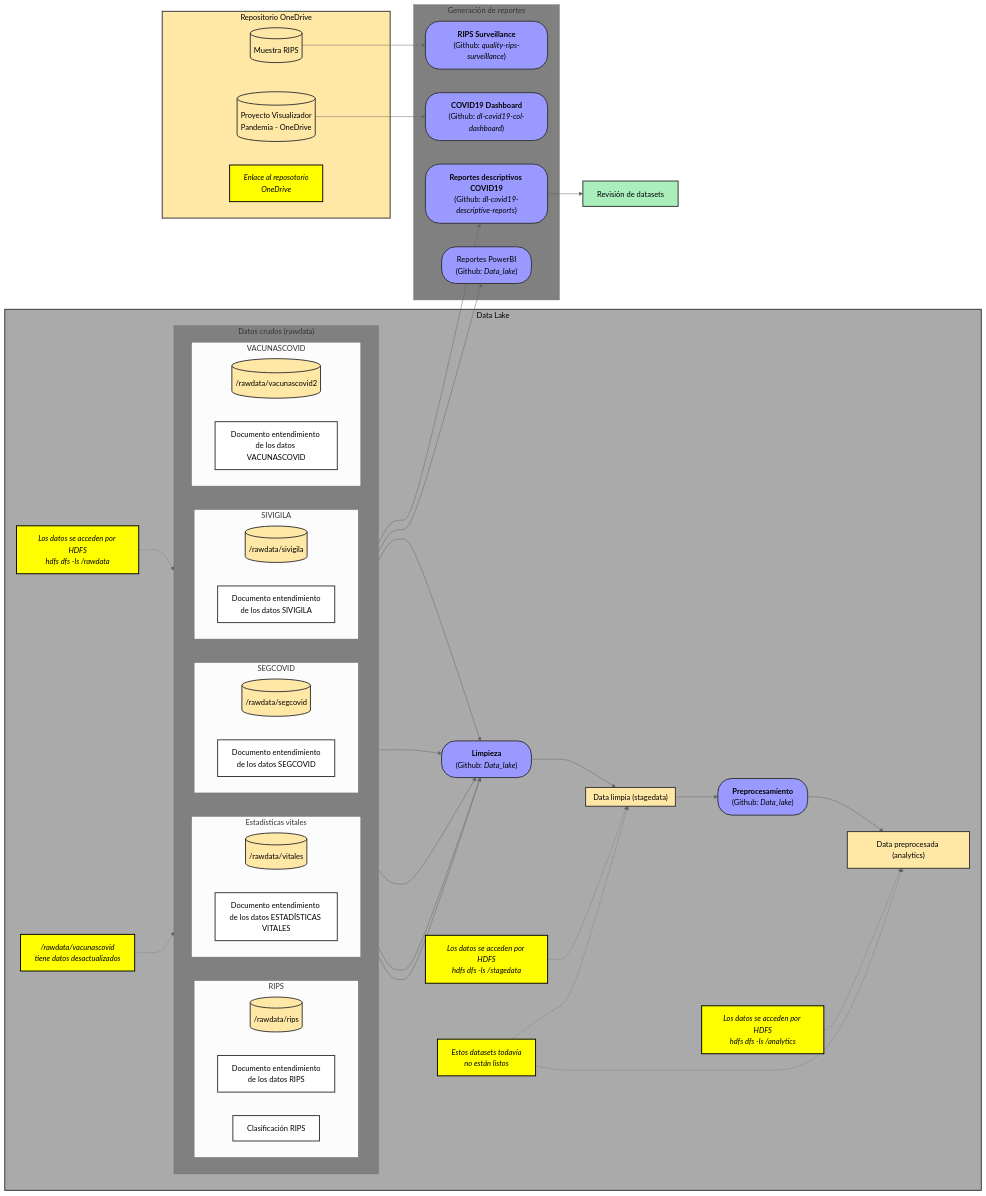
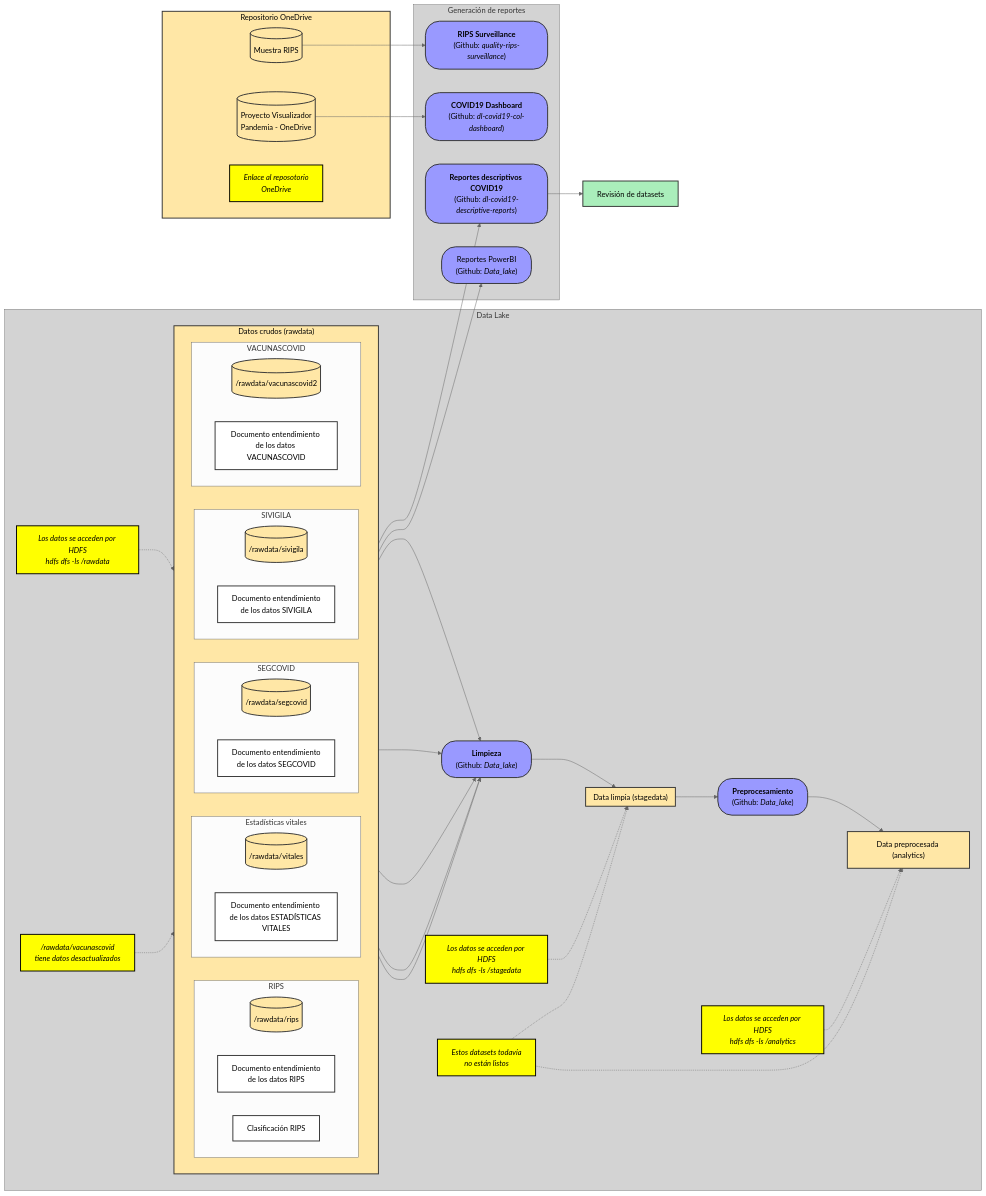
One commit to AGORA-COL/.github changed the diagram in profile/DataLake/FlujoDatos.md. Above: the diagram before and after it, drawn with Mermaid (neutral theme).

```diff
--- a/profile/DataLake/FlujoDatos.md
+++ b/profile/DataLake/FlujoDatos.md
@@ -133,15 +133,14 @@
     classDef report fill:#aeb,stroke:#333,stroke-width:2px,color:#000;
     classDef paragraph fill:white,stroke:white;
     classDef comment fill:yellow,stroke:black,color:black,stroke-width:2px,font-style:italic
-    classDef container fill:gray
+    classDef container fill:lightgray
     classDef label fill:transparent,stroke:transparent
 
 
     class CRIPS,DOC_RIPS,DOC_EV,DOC_SEGCOVID,DOC_SIVIGILA,DOC_VACUNASCOVID doc;
     class DATA_RIPS,DATA_EV,DATA_SEGCOVID,DATA_SIVIGILA,DATA_VACUNASCOVID data;
-    class R,G container;
-    class DL repository;
-    class DP,OD,AN,RIPS_MUESTRA,PVP data;
+    class G,DL container;
+    class R,DP,OD,AN,RIPS_MUESTRA,PVP data;
     class L,P,PBI,RD,DB,RS process;
     class comm1,comm2,comm3,comm4,comm5,comm6 comment;
     class RevDS report;
```
